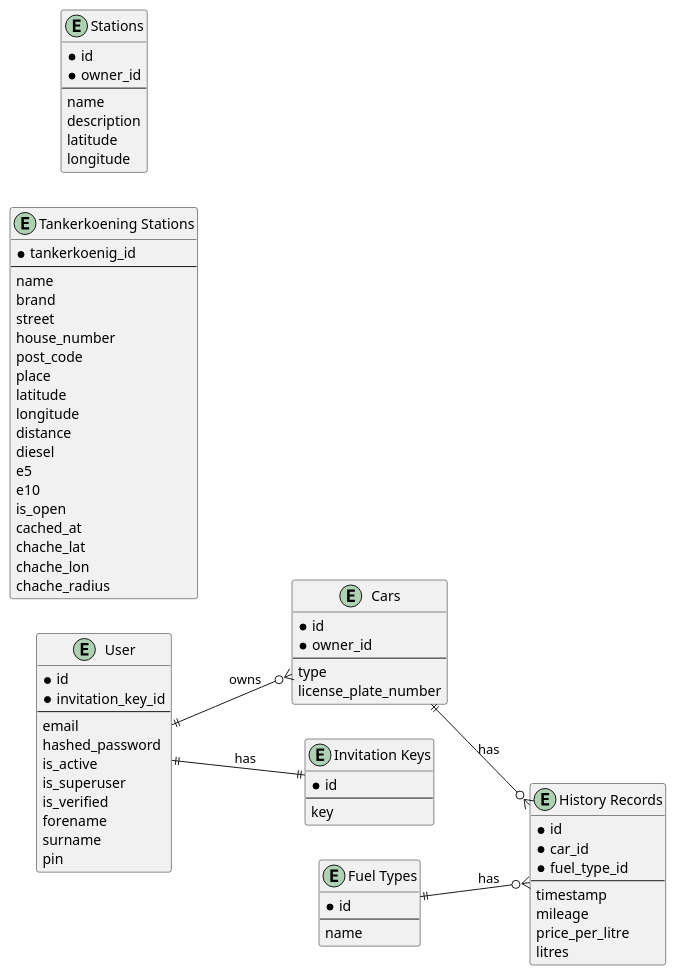
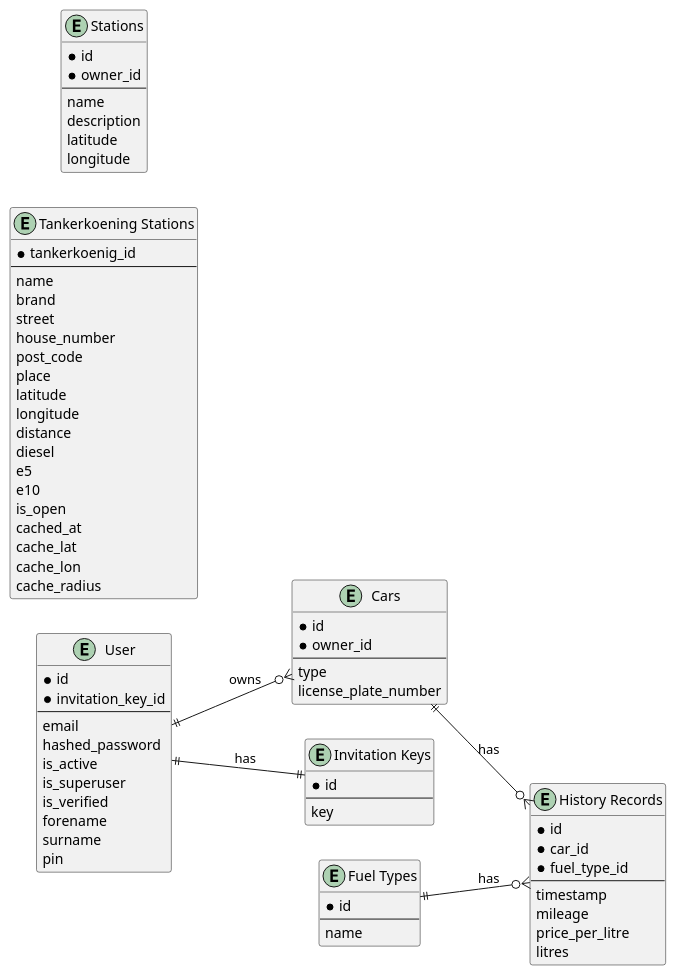
Before and after one commit to SQS-THRO/Tanker24: the diagram in docs/er-model.md, drawn with PlantUML.

Commit message:
Fixed typo in ER model

```diff
--- a/docs/er-model.md
+++ b/docs/er-model.md
@@ -63,9 +63,9 @@
   e10
   is_open
   cached_at
-  chache_lat
-  chache_lon
-  chache_radius
+  cache_lat
+  cache_lon
+  cache_radius
 }
 
 entity "Stations" as Stations {
```
